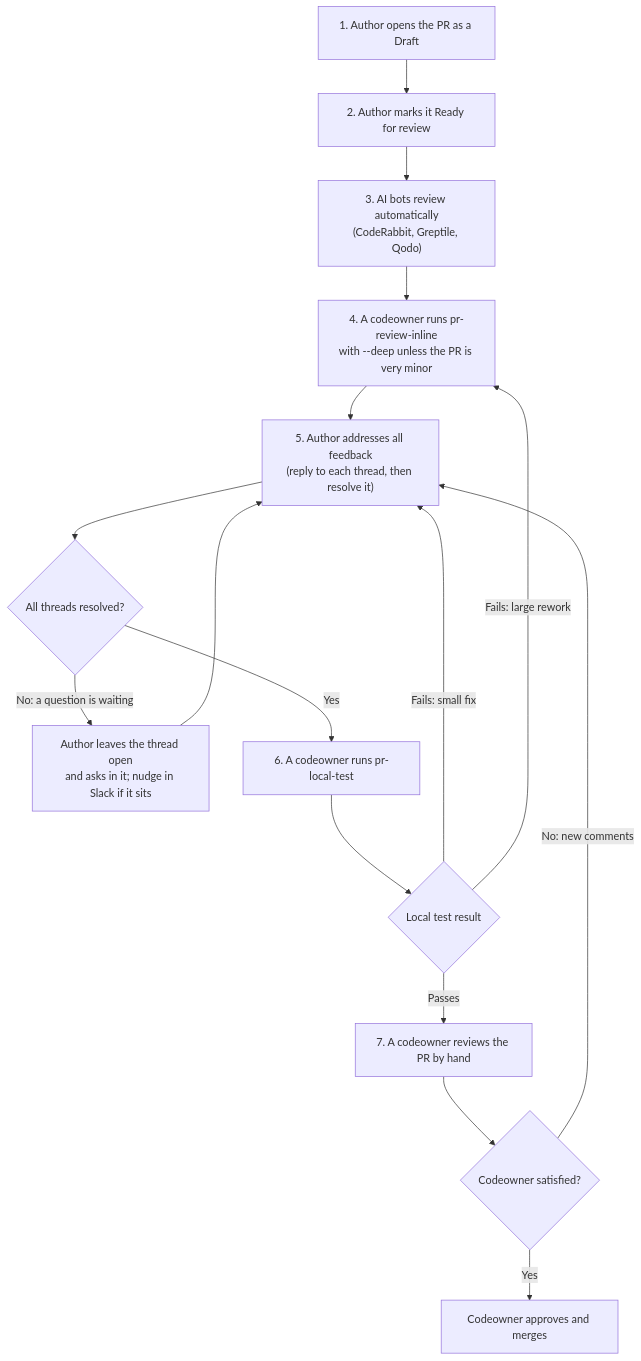
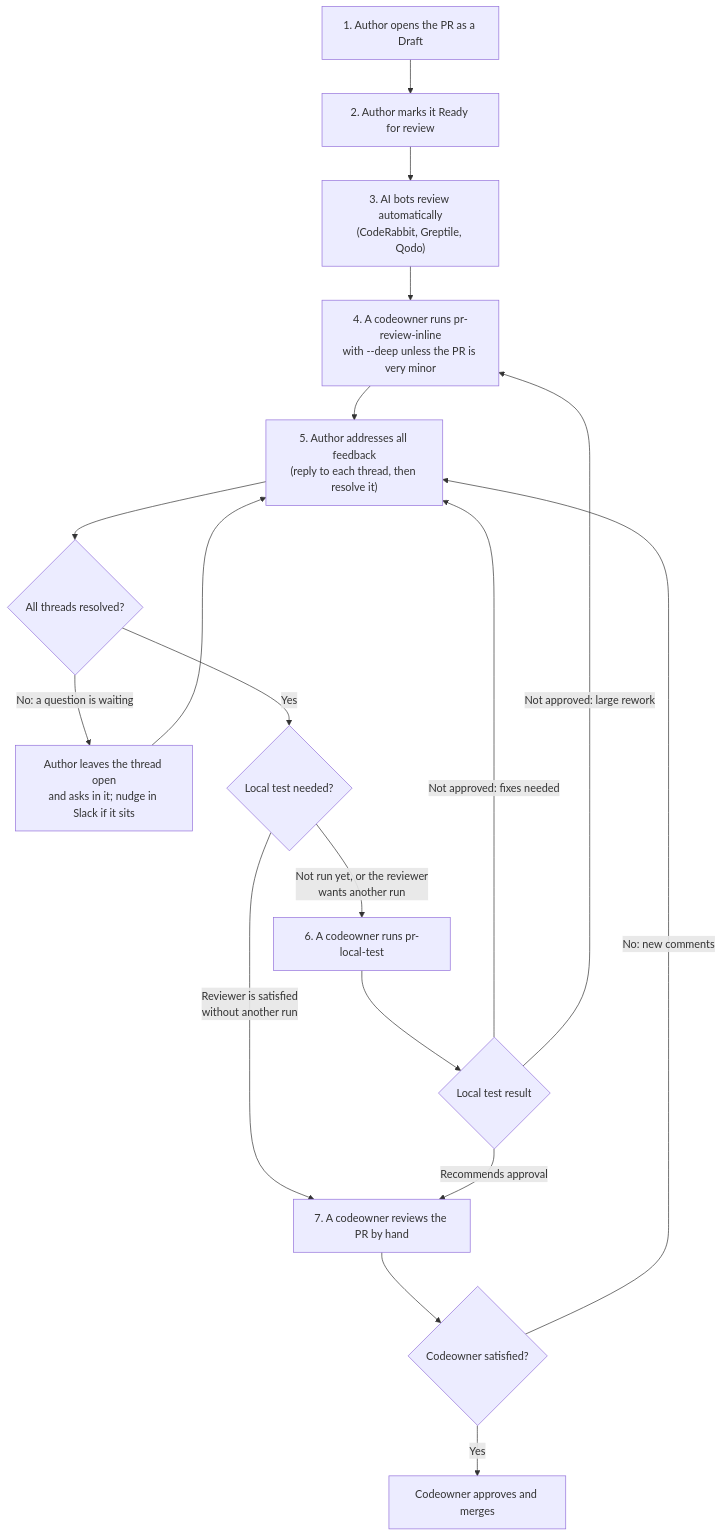
Before and after one commit to F3-Nation/f3-nation: the diagram in docs/PR_REVIEW_PROCESS.md, drawn with Mermaid. The commit also changed other lines of this file and 4 other files, not shown here.

First line of the commit message:
docs(repo): authors resolve threads, local re-tests at reviewer discretion

````diff
--- a/docs/PR_REVIEW_PROCESS.md
+++ b/docs/PR_REVIEW_PROCESS.md
@@ -9,18 +9,20 @@
 ```mermaid
 flowchart TD
     A["1. Author opens the PR as a Draft"] --> B["2. Author marks it Ready for review"]
     B --> C["3. AI bots review automatically<br/>(CodeRabbit, Greptile, Qodo)"]
     C --> D["4. A codeowner runs pr-review-inline<br/>with --deep unless the PR is very minor"]
     D --> E["5. Author addresses all feedback<br/>(reply to each thread, then resolve it)"]
     E --> F{"All threads resolved?"}
     F -- "No: a question is waiting" --> Q["Author leaves the thread open<br/>and asks in it; nudge in Slack if it sits"]
     Q --> E
-    F -- Yes --> G["6. A codeowner runs pr-local-test"]
+    F -- Yes --> L{"Local test needed?"}
+    L -- "Not run yet, or the reviewer<br/>wants another run" --> G["6. A codeowner runs pr-local-test"]
+    L -- "Reviewer is satisfied<br/>without another run" --> I
     G --> H{"Local test result"}
-    H -- "Fails: small fix" --> E
-    H -- "Fails: large rework" --> D
-    H -- Passes --> I["7. A codeowner reviews the PR by hand"]
+    H -- "Not approved: fixes needed" --> E
+    H -- "Not approved: large rework" --> D
+    H -- "Recommends approval" --> I["7. A codeowner reviews the PR by hand"]
     I --> J{"Codeowner satisfied?"}
     J -- "No: new comments" --> E
     J -- Yes --> K["Codeowner approves and merges"]
 ```
````
